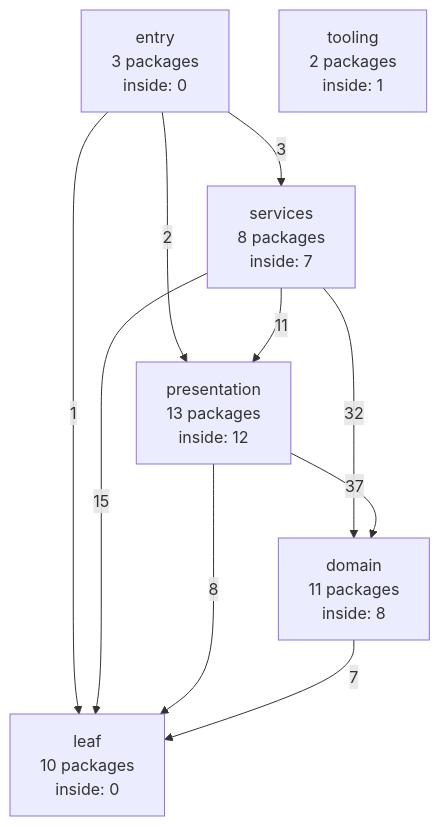
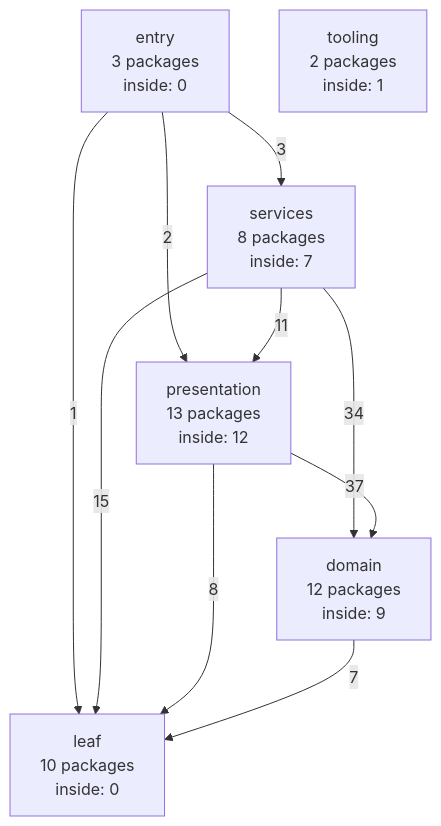
Before and after one commit to ladydascalie/dm: the diagram in docs/internals/generated/package-graph.md, drawn with Mermaid. The commit also changed other lines of this file and 27 other files, not shown here.

````diff
--- a/docs/internals/generated/package-graph.md
+++ b/docs/internals/generated/package-graph.md
@@ -58,18 +58,18 @@
 ```mermaid
 flowchart TD
   entry["entry<br/>3 packages<br/>inside: 0"]
   services["services<br/>8 packages<br/>inside: 7"]
   presentation["presentation<br/>13 packages<br/>inside: 12"]
-  domain["domain<br/>11 packages<br/>inside: 8"]
+  domain["domain<br/>12 packages<br/>inside: 9"]
   leaf["leaf<br/>10 packages<br/>inside: 0"]
   tooling["tooling<br/>2 packages<br/>inside: 1"]
   entry -->|3| services
   entry -->|2| presentation
   entry -->|1| leaf
   services -->|11| presentation
-  services -->|32| domain
+  services -->|34| domain
   services -->|15| leaf
   presentation -->|37| domain
   presentation -->|8| leaf
   domain -->|7| leaf
 ```
````
